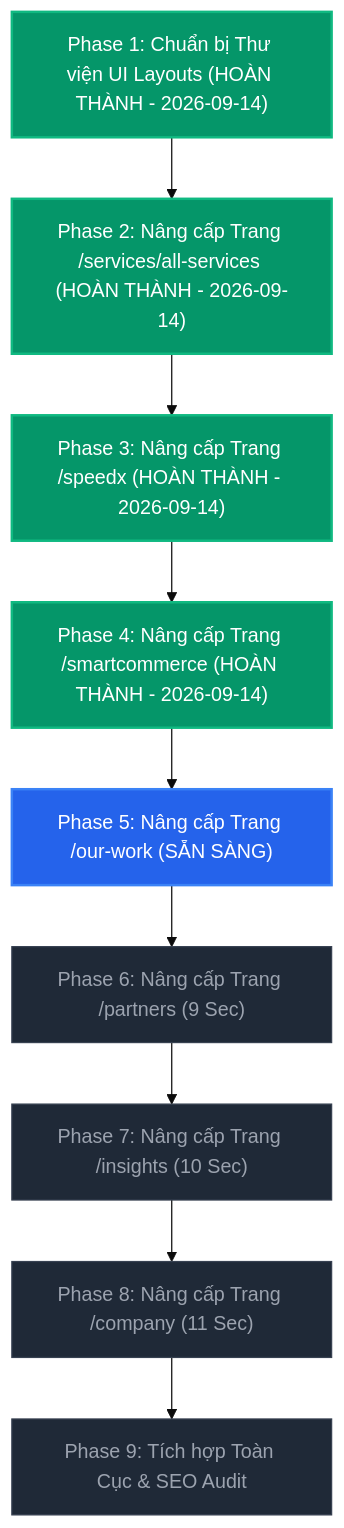
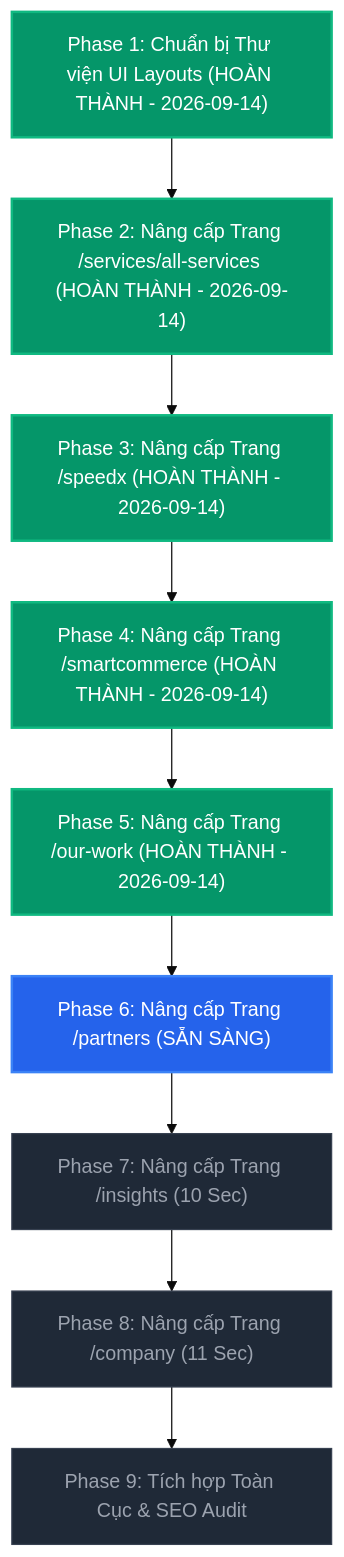
Before and after one commit to hung55410-uiuxdesign/egead-company: the diagram in docs/plans/plan.md, drawn with Mermaid (base theme). The commit also changed other lines of this file and 10 other files, not shown here.

Commit message:
feat(our-work): upgrade our-work page with 10 sections, case studies portfolio, and interactive scale simulator

````diff
--- a/docs/plans/plan.md
+++ b/docs/plans/plan.md
@@ -64,18 +64,18 @@
 ```mermaid
 flowchart TD
     classDef done fill:#059669,stroke:#10b981,stroke-width:2px,color:#ffffff;
     classDef active fill:#2563eb,stroke:#3b82f6,stroke-width:2px,color:#ffffff;
     classDef pending fill:#1f2937,stroke:#374151,stroke-width:1px,color:#9ca3af;
 
     P1["Phase 1: Chuẩn bị Thư viện UI Layouts (HOÀN THÀNH - 2026-09-14)"]:::done
     P2["Phase 2: Nâng cấp Trang /services/all-services (HOÀN THÀNH - 2026-09-14)"]:::done
     P3["Phase 3: Nâng cấp Trang /speedx (HOÀN THÀNH - 2026-09-14)"]:::done
     P4["Phase 4: Nâng cấp Trang /smartcommerce (HOÀN THÀNH - 2026-09-14)"]:::done
-    P5["Phase 5: Nâng cấp Trang /our-work (SẴN SÀNG)"]:::active
-    P6["Phase 6: Nâng cấp Trang /partners (9 Sec)"]:::pending
+    P5["Phase 5: Nâng cấp Trang /our-work (HOÀN THÀNH - 2026-09-14)"]:::done
+    P6["Phase 6: Nâng cấp Trang /partners (SẴN SÀNG)"]:::active
     P7["Phase 7: Nâng cấp Trang /insights (10 Sec)"]:::pending
     P8["Phase 8: Nâng cấp Trang /company (11 Sec)"]:::pending
     P9["Phase 9: Tích hợp Toàn Cục & SEO Audit"]:::pending
 
     P1 --> P2 --> P3 --> P4 --> P5 --> P6 --> P7 --> P8 --> P9
 ```
````
